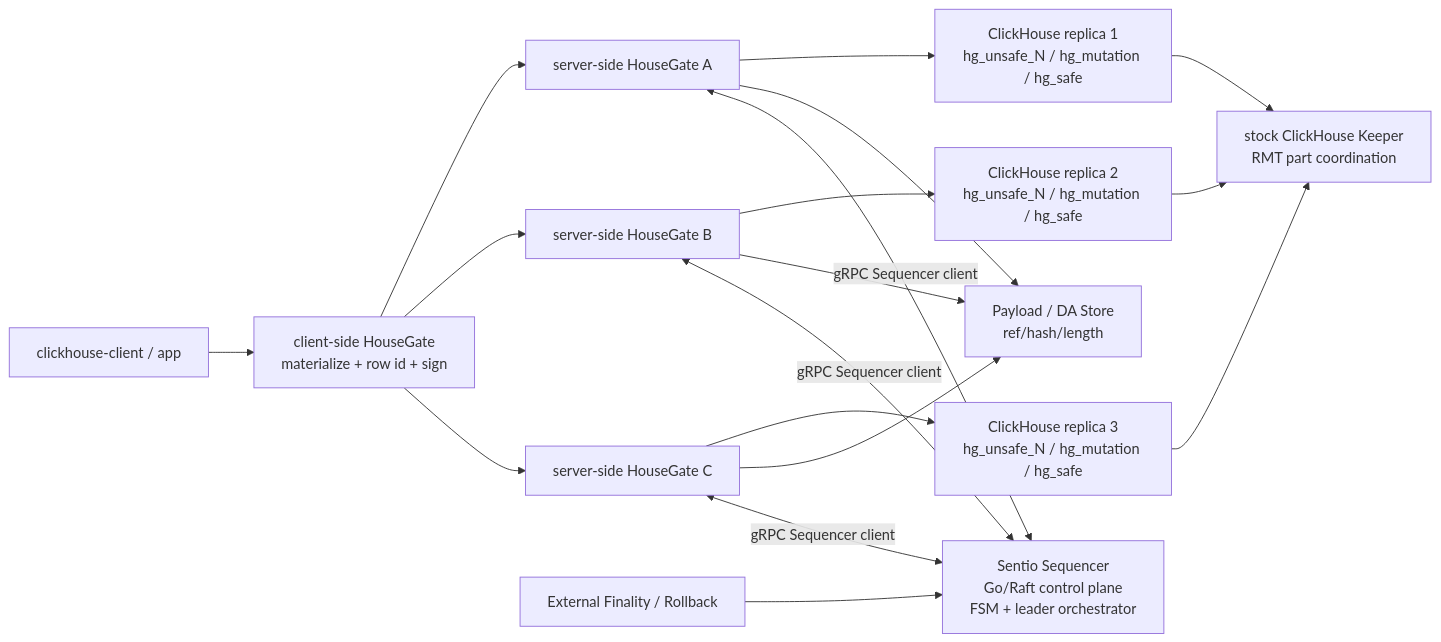
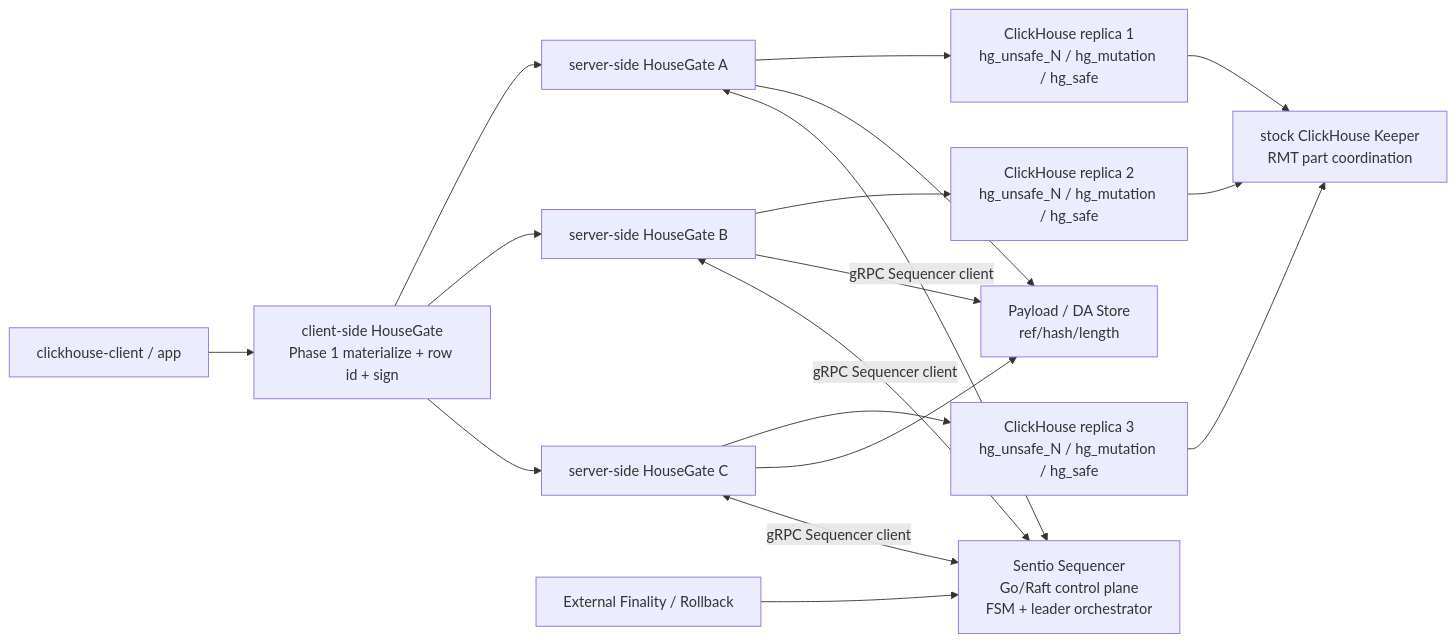
One commit to housegate/housegate changed the first of 4 diagrams in docs/superpowers/specs/2026-07-01-sentio-sequencer-storage-integrity-unified-design.zh-CN.md. Above: the diagram before and after it, drawn with Mermaid. The commit also changed other lines of this file, not shown here.

````diff
--- a/docs/superpowers/specs/2026-07-01-sentio-sequencer-storage-integrity-unified-design.zh-CN.md
+++ b/docs/superpowers/specs/2026-07-01-sentio-sequencer-storage-integrity-unified-design.zh-CN.md
@@ -31,25 +31,25 @@
 ```mermaid
 flowchart LR
-  C["clickhouse-client / app"] --> CHG["client-side HouseGate<br/>materialize + row id + sign"]
+  C["clickhouse-client / app"] --> CHG["client-side HouseGate<br/>Phase 1 materialize + row id + sign"]
   CHG --> HG1["server-side HouseGate A"]
   CHG --> HG2["server-side HouseGate B"]
   CHG --> HG3["server-side HouseGate C"]
 
   HG1 --> CH1["ClickHouse replica 1<br/>hg_unsafe_N / hg_mutation / hg_safe"]
   HG2 --> CH2["ClickHouse replica 2<br/>hg_unsafe_N / hg_mutation / hg_safe"]
   HG3 --> CH3["ClickHouse replica 3<br/>hg_unsafe_N / hg_mutation / hg_safe"]
 
   HG1 --> DA["Payload / DA Store<br/>ref/hash/length"]
   HG2 --> DA
   HG3 --> DA
 
   CH1 --> CK["stock ClickHouse Keeper<br/>RMT part coordination"]
   CH2 --> CK
   CH3 --> CK
 
   HG1 <-->|"gRPC Sequencer client"| HK["Sentio Sequencer<br/>Go/Raft control plane<br/>FSM + leader orchestrator"]
   HG2 <-->|"gRPC Sequencer client"| HK
   HG3 <-->|"gRPC Sequencer client"| HK
 
   F["External Finality / Rollback"] --> HK
 ```
````
